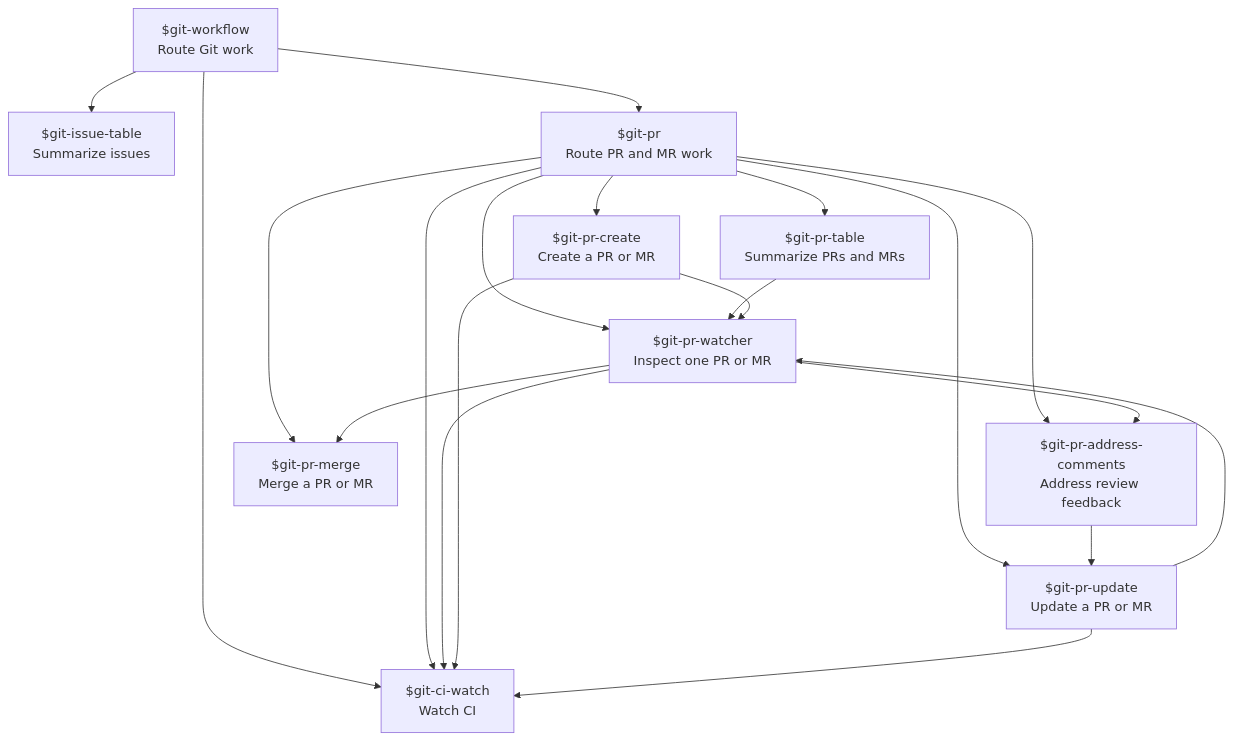
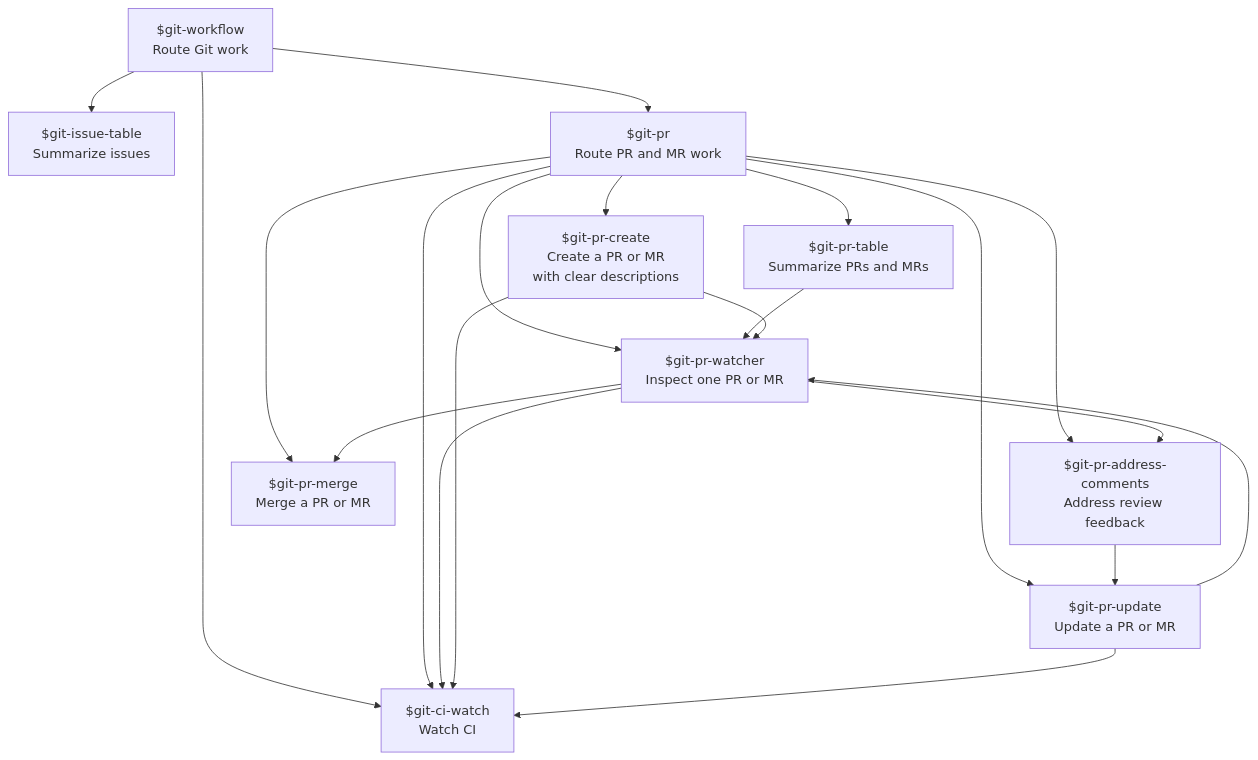
One commit to jeeftor/gitSkills changed the diagram in agent-matrix.md. Above: the diagram before and after it, drawn with Mermaid. The commit also changed 3 other files, not shown here.

Commit message:
docs: teach pr create table descriptions (#15)

````diff
--- a/agent-matrix.md
+++ b/agent-matrix.md
@@ -3,33 +3,33 @@
 ```mermaid
 flowchart TD
     WORKFLOW["$git-workflow<br/>Route Git work"]
     ISSUE_TABLE["$git-issue-table<br/>Summarize issues"]
     PR["$git-pr<br/>Route PR and MR work"]
     PR_TABLE["$git-pr-table<br/>Summarize PRs and MRs"]
     PR_WATCHER["$git-pr-watcher<br/>Inspect one PR or MR"]
     PR_ADDRESS["$git-pr-address-comments<br/>Address review feedback"]
     CI_WATCH["$git-ci-watch<br/>Watch CI"]
-    PR_CREATE["$git-pr-create<br/>Create a PR or MR"]
+    PR_CREATE["$git-pr-create<br/>Create a PR or MR<br/>with clear descriptions"]
     PR_UPDATE["$git-pr-update<br/>Update a PR or MR"]
     PR_MERGE["$git-pr-merge<br/>Merge a PR or MR"]
 
     WORKFLOW --> ISSUE_TABLE
     WORKFLOW --> PR
     WORKFLOW --> CI_WATCH
     PR --> PR_TABLE
     PR --> PR_WATCHER
     PR --> PR_ADDRESS
     PR --> CI_WATCH
     PR --> PR_CREATE
     PR --> PR_UPDATE
     PR --> PR_MERGE
     PR_TABLE --> PR_WATCHER
     PR_WATCHER --> CI_WATCH
     PR_WATCHER --> PR_ADDRESS
     PR_ADDRESS --> PR_UPDATE
     PR_CREATE --> PR_WATCHER
     PR_CREATE --> CI_WATCH
     PR_UPDATE --> CI_WATCH
     PR_UPDATE --> PR_WATCHER
     PR_WATCHER --> PR_MERGE
 ```
````
